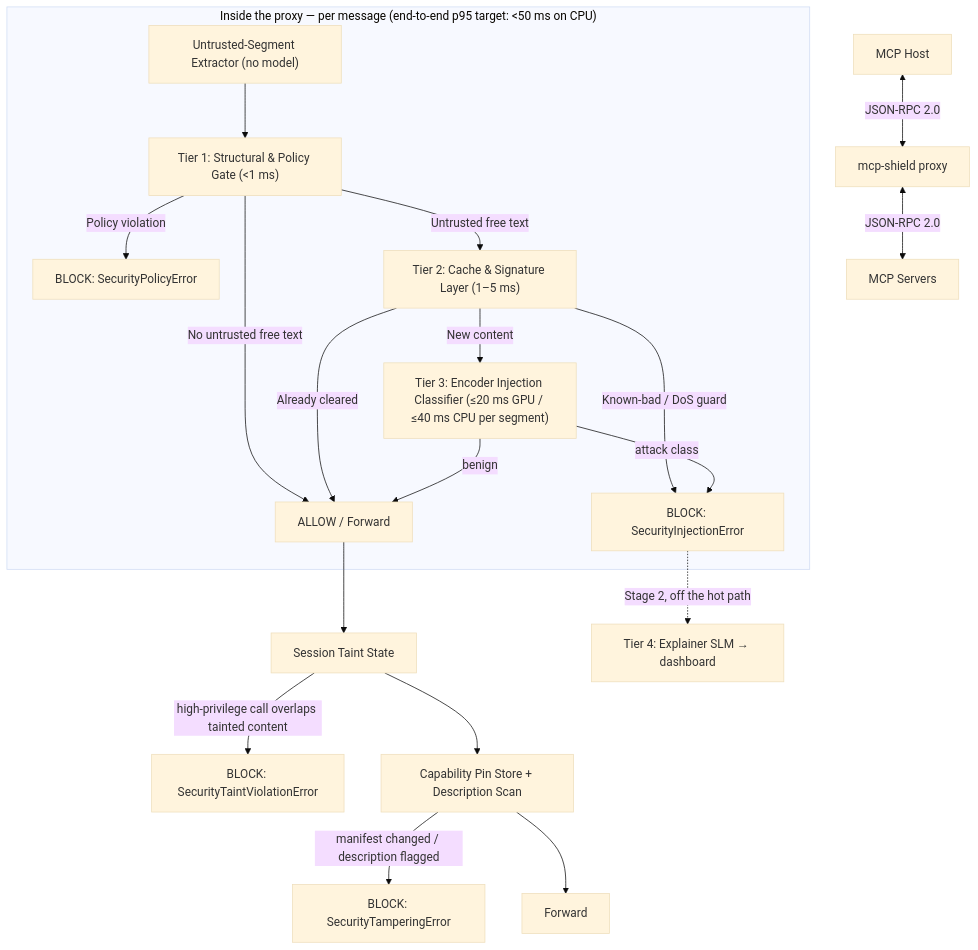
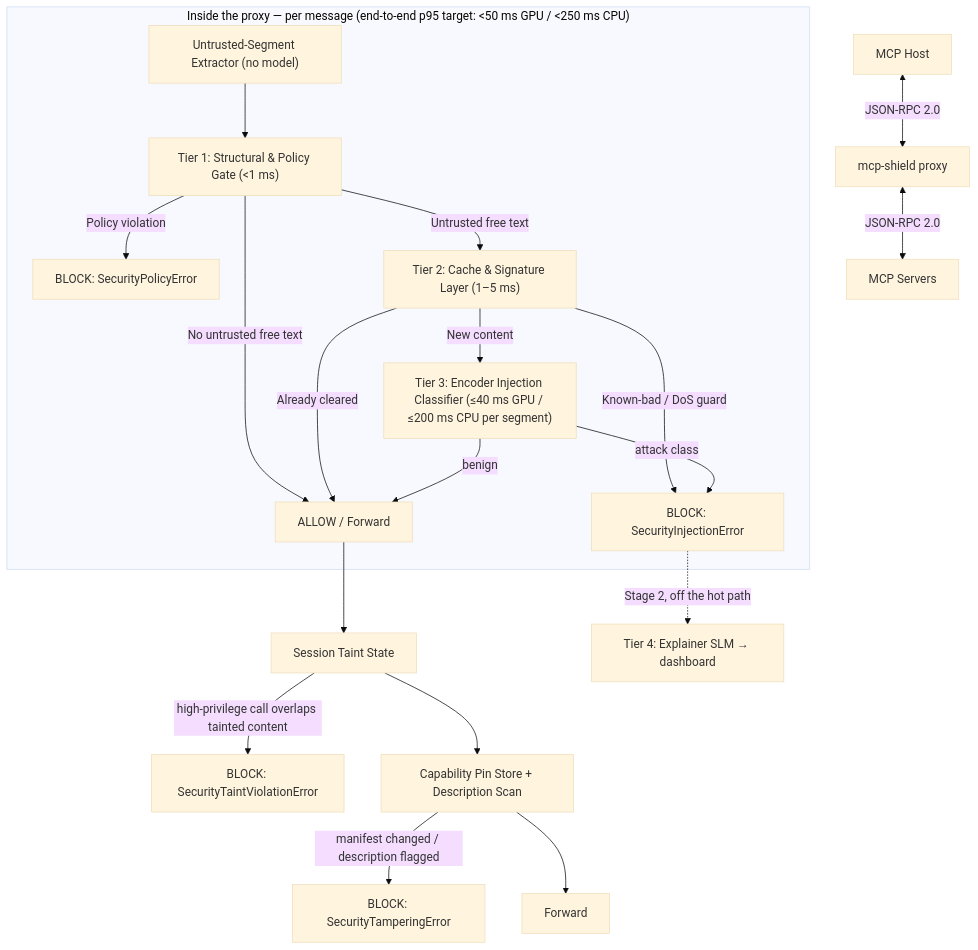
Before and after one commit to rishikeshvarma/MCP-Shield: the ninth of 10 diagrams in MCP-Shield Complete Presentation Script & Project Blueprint.md, drawn with Mermaid (base theme). The commit also changed other lines of this file and 13 other files, not shown here.

First line of the commit message:
Fix table rendering in Review-2 content; export diagrams as PNGs

````diff
--- a/MCP-Shield Complete Presentation Script & Project Blueprint.md
+++ b/MCP-Shield Complete Presentation Script & Project Blueprint.md
@@ -328,24 +328,24 @@
 ```mermaid
 graph TD
     Host["MCP Host"] <-->|"JSON-RPC 2.0"| Proxy["mcp-shield proxy"]
     Proxy <-->|"JSON-RPC 2.0"| Servers["MCP Servers"]
 
-    subgraph Cascade["Inside the proxy — per message (end-to-end p95 target: <50 ms on CPU)"]
+    subgraph Cascade["Inside the proxy — per message (end-to-end p95 target: <50 ms GPU / <250 ms CPU)"]
         Ext["Untrusted-Segment Extractor (no model)"] --> T1["Tier 1: Structural & Policy Gate (<1 ms)"]
         T1 -->|"Policy violation"| Deny1["BLOCK: SecurityPolicyError"]
         T1 -->|"No untrusted free text"| Pass["ALLOW / Forward"]
         T1 -->|"Untrusted free text"| T2["Tier 2: Cache & Signature Layer (1–5 ms)"]
         T2 -->|"Already cleared"| Pass
         T2 -->|"Known-bad / DoS guard"| Deny2["BLOCK: SecurityInjectionError"]
-        T2 -->|"New content"| T3["Tier 3: Encoder Injection Classifier (≤20 ms GPU / ≤40 ms CPU per segment)"]
+        T2 -->|"New content"| T3["Tier 3: Encoder Injection Classifier (≤40 ms GPU / ≤200 ms CPU per segment)"]
         T3 -->|"benign"| Pass
         T3 -->|"attack class"| Deny2
     end
 
     Pass --> Taint["Session Taint State"]
     Taint -->|"high-privilege call overlaps tainted content"| Deny3["BLOCK: SecurityTaintViolationError"]
     Taint --> Pin["Capability Pin Store + Description Scan"]
     Pin -->|"manifest changed / description flagged"| Deny4["BLOCK: SecurityTamperingError"]
     Pin --> Out["Forward"]
     Deny2 -.->|"Stage 2, off the hot path"| T4["Tier 4: Explainer SLM → dashboard"]
 ```
````
